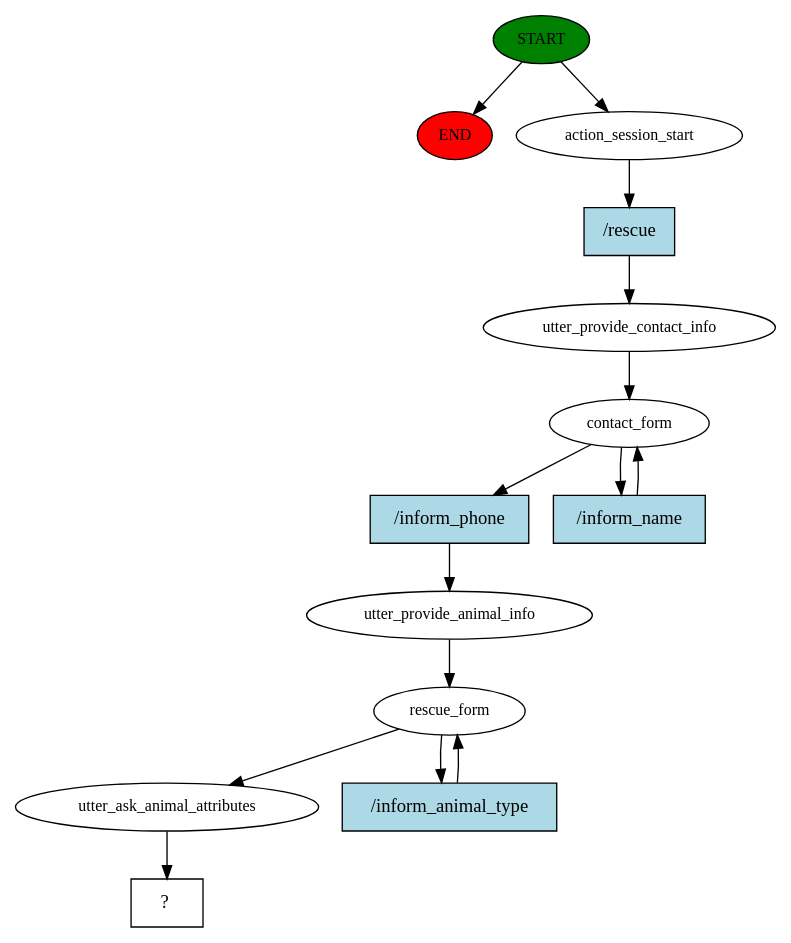
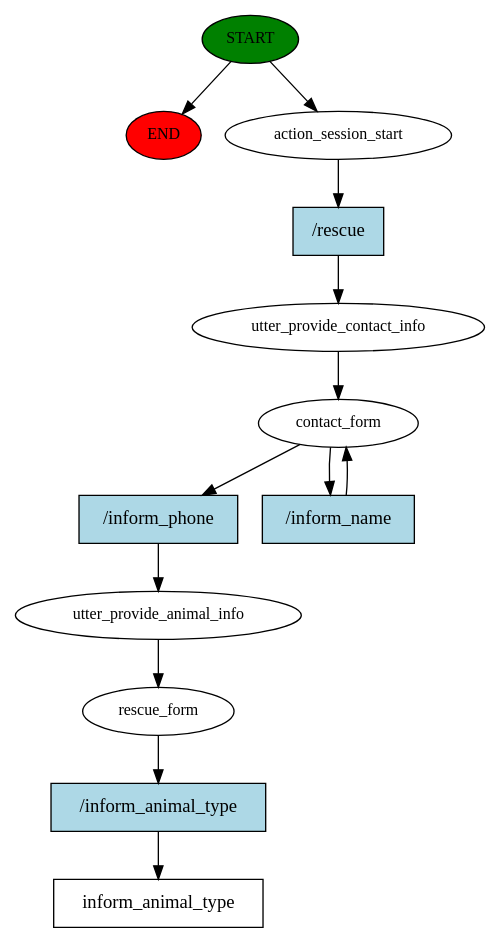
One commit to mercurioLino/av-daap changed the diagram in story_graph.dot. Above: the diagram before and after it, drawn with Graphviz. The commit also changed 2 other files, not shown here.

```diff
--- a/story_graph.dot
+++ b/story_graph.dot
@@ -1,29 +1,26 @@
 digraph  {
 0 [class="start active", fillcolor=green, fontsize=12, label=START, style=filled];
 "-1" [class=end, fillcolor=red, fontsize=12, label=END, style=filled];
 1 [class=active, fontsize=12, label=action_session_start];
 2 [class=active, fontsize=12, label=utter_provide_contact_info];
 3 [class=active, fontsize=12, label=contact_form];
 5 [class=active, fontsize=12, label=utter_provide_animal_info];
 6 [class=active, fontsize=12, label=rescue_form];
-8 [class=active, fontsize=12, label=utter_ask_animal_attributes];
-9 [class="intent dashed active", label="  ?  ", shape=rect];
-10 [class="intent active", fillcolor=lightblue, label="/rescue", shape=rect, style=filled];
-11 [class="intent active", fillcolor=lightblue, label="/inform_phone", shape=rect, style=filled];
-12 [class="intent active", fillcolor=lightblue, label="/inform_name", shape=rect, style=filled];
-13 [class="intent active", fillcolor=lightblue, label="/inform_animal_type", shape=rect, style=filled];
+7 [class="intent dashed active", label=inform_animal_type, shape=rect];
+8 [class="intent active", fillcolor=lightblue, label="/rescue", shape=rect, style=filled];
+9 [class="intent active", fillcolor=lightblue, label="/inform_phone", shape=rect, style=filled];
+10 [class="intent active", fillcolor=lightblue, label="/inform_name", shape=rect, style=filled];
+11 [class="intent active", fillcolor=lightblue, label="/inform_animal_type", shape=rect, style=filled];
 0 -> "-1"  [class="", key=NONE, label=""];
 0 -> 1  [class=active, key=NONE, label=""];
-1 -> 10  [class=active, key=0];
+1 -> 8  [class=active, key=0];
 2 -> 3  [class=active, key=NONE, label=""];
-3 -> 11  [class=active, key=0];
-3 -> 12  [class=active, key=0];
+3 -> 9  [class=active, key=0];
+3 -> 10  [class=active, key=0];
 5 -> 6  [class=active, key=NONE, label=""];
-6 -> 8  [class=active, key=NONE, label=""];
-6 -> 13  [class=active, key=0];
-8 -> 9  [class=active, key=NONE, label=""];
-10 -> 2  [class=active, key=0];
-11 -> 5  [class=active, key=0];
-12 -> 3  [class=active, key=0];
-13 -> 6  [class=active, key=0];
+6 -> 11  [class=active, key=0];
+8 -> 2  [class=active, key=0];
+9 -> 5  [class=active, key=0];
+10 -> 3  [class=active, key=0];
+11 -> 7  [class=active, key=0];
 }
```
